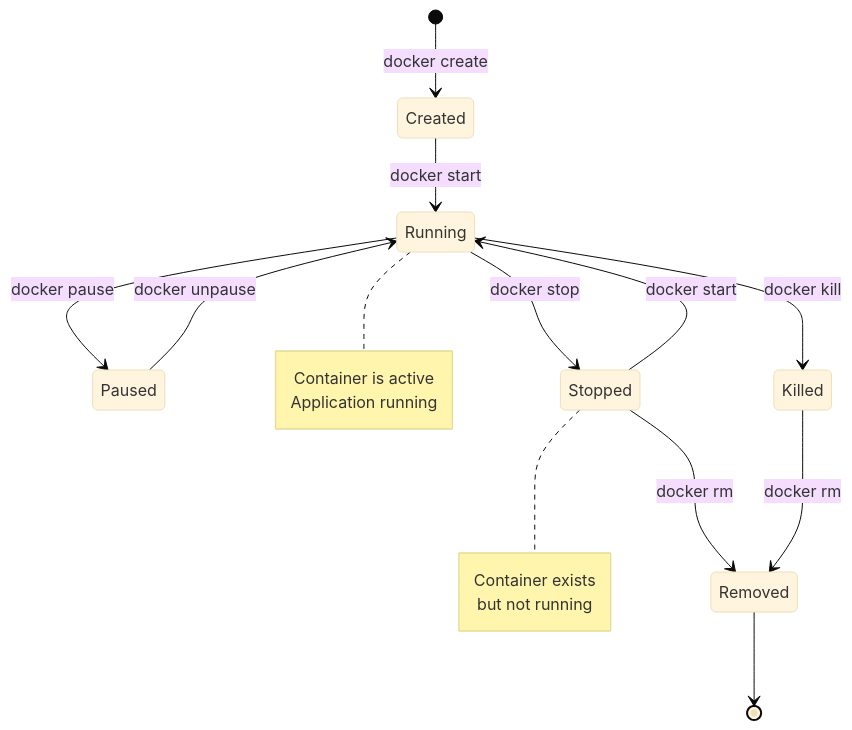
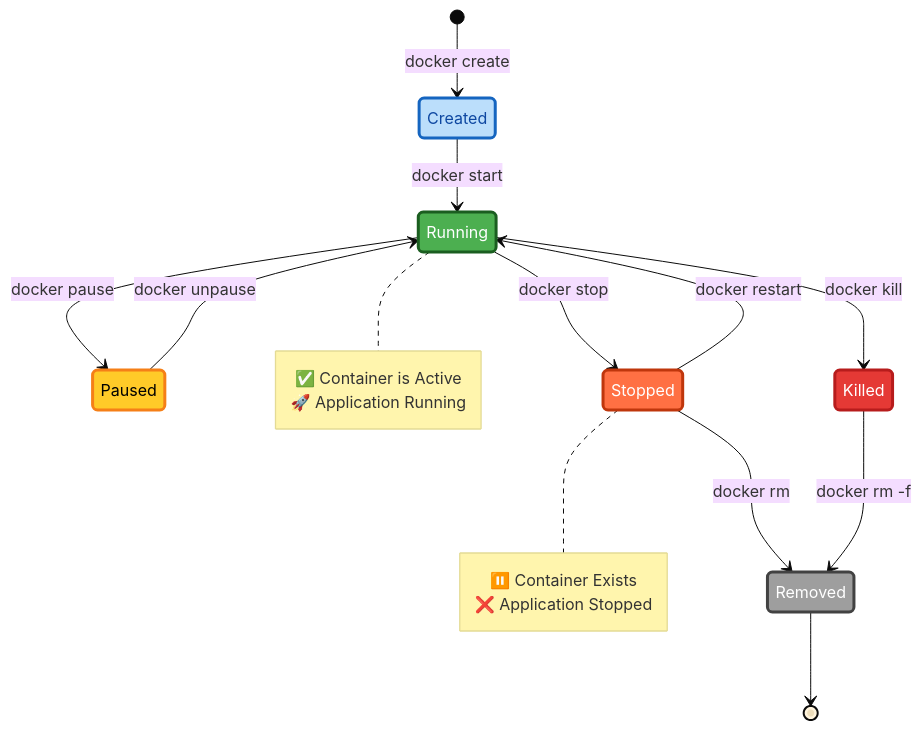
Before and after one commit to social9009/Docker-Notes: the fourth of 9 diagrams in README.md, drawn with Mermaid (base theme). The commit also changed other lines of this file, not shown here.

````diff
--- a/README.md
+++ b/README.md
@@ -201,23 +247,43 @@
 ```mermaid
 stateDiagram-v2
-    [*] --> Created: docker create
-    Created --> Running: docker start
-    Running --> Paused: docker pause
-    Paused --> Running: docker unpause
-    Running --> Stopped: docker stop
-    Stopped --> Running: docker start
-    Running --> Killed: docker kill
-    Stopped --> Removed: docker rm
-    Killed --> Removed: docker rm
-    Removed --> [*]
-    
-    note right of Running
-        Container is active
-        Application running
-    end note
-    
-    note right of Stopped
-        Container exists
-        but not running
-    end note
+
+[*] --> Created : docker create
+
+Created --> Running : docker start
+Running --> Paused : docker pause
+Paused --> Running : docker unpause
+
+Running --> Stopped : docker stop
+Stopped --> Running : docker restart
+
+Running --> Killed : docker kill
+
+Stopped --> Removed : docker rm
+Killed --> Removed : docker rm -f
+
+Removed --> [*]
+
+note right of Running
+  ✅ Container is Active
+  🚀 Application Running
+end note
+
+note right of Stopped
+  ⏸️ Container Exists
+  ❌ Application Stopped
+end note
+
+classDef created fill:#bbdefb,color:#0d47a1,stroke:#1565c0,stroke-width:3px
+classDef running fill:#4caf50,color:#ffffff,stroke:#1b5e20,stroke-width:3px
+classDef paused fill:#ffca28,color:#000000,stroke:#f57f17,stroke-width:3px
+classDef stopped fill:#ff7043,color:#ffffff,stroke:#bf360c,stroke-width:3px
+classDef killed fill:#e53935,color:#ffffff,stroke:#b71c1c,stroke-width:3px
+classDef removed fill:#9e9e9e,color:#ffffff,stroke:#424242,stroke-width:3px
+
+class Created created
+class Running running
+class Paused paused
+class Stopped stopped
+class Killed killed
+class Removed removed
 ```
````
